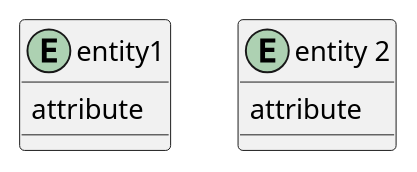
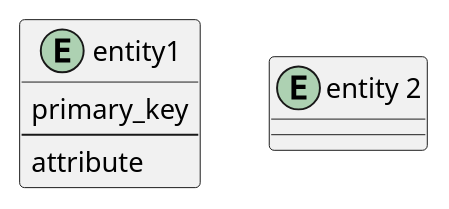
One commit to crsml/plantuml changed the first of 16 diagrams in er-diagram-cheat-sheet.md. Above: the diagram before and after it, drawn with PlantUML. The commit also changed other lines of this file, not shown here.

````diff
--- a/er-diagram-cheat-sheet.md
+++ b/er-diagram-cheat-sheet.md
@@ -32,10 +32,11 @@
 ```uml
 @startuml
     entity entity1 {
+        primary_key
+        --
         attribute
     }
     entity "entity 2" as entity2 {
-        attribute
     }
 @enduml
 ```
````
